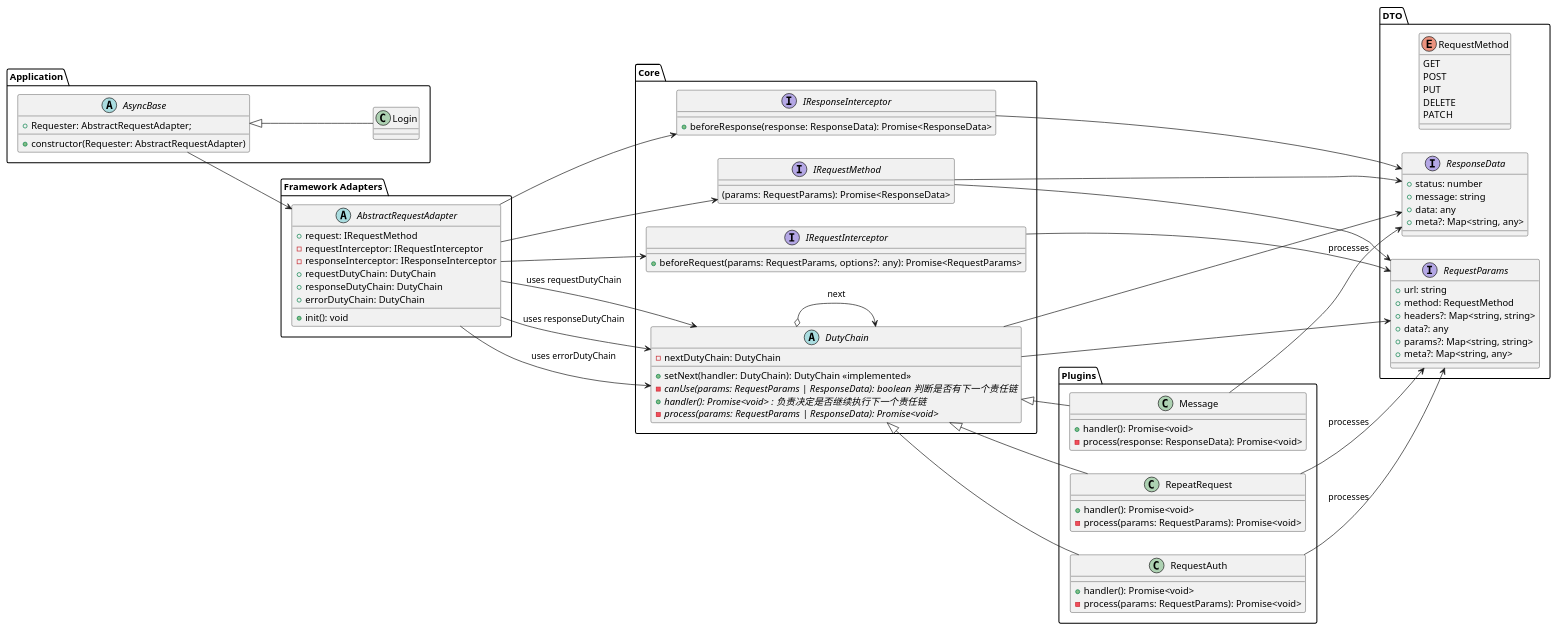
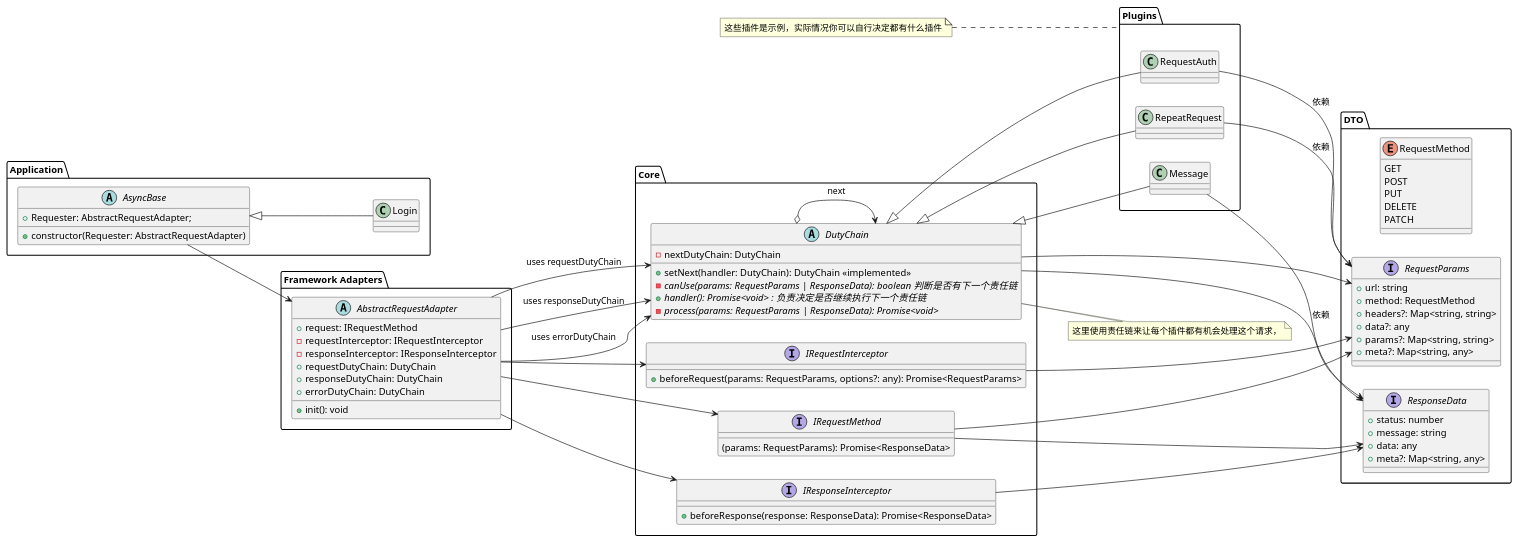
The diagram in AbstractComponents/Request/request.puml (inksnowhailong/project-templates), drawn with PlantUML before and after one commit. The commit also changed 4 other files, not shown here.

```diff
--- a/AbstractComponents/Request/request.puml
+++ b/AbstractComponents/Request/request.puml
@@ -1,123 +1,133 @@
 @startuml http数据请求抽象设计
 
 
 left to right direction
 
 ' 数据传输对象（DTO）
 package "DTO" {
     enum "RequestMethod" {
         GET
         POST
         PUT
         DELETE
         PATCH
     }
     interface "RequestParams" {
         +url: string
         +method: RequestMethod
         +headers?: Map<string, string>
         +data?: any
         +params?: Map<string, string>
         +meta?: Map<string, any>
     }
     interface "ResponseData" {
         +status: number
         +message: string
         +data: any
         +meta?: Map<string, any>
     }
 }
 
 ' 核心逻辑（Core）
 package "Core" {
     interface "IRequestMethod" {
         (params: RequestParams): Promise<ResponseData>
     }
     interface "IRequestInterceptor" {
         +beforeRequest(params: RequestParams, options?: any): Promise<RequestParams>
     }
     interface "IResponseInterceptor" {
         +beforeResponse(response: ResponseData): Promise<ResponseData>
     }
     abstract class "DutyChain" {
         -nextDutyChain: DutyChain
         +setNext(handler: DutyChain): DutyChain <<implemented>>
         -{abstract} canUse(params: RequestParams | ResponseData): boolean  判断是否有下一个责任链
         +{abstract} handler(): Promise<void> : 负责决定是否继续执行下一个责任链
         -{abstract} process(params: RequestParams | ResponseData): Promise<void>
     }
 }
 
 ' 适配器（Framework Adapters）
 package "Framework Adapters" {
     abstract class "AbstractRequestAdapter" {
         +request: IRequestMethod
         -requestInterceptor: IRequestInterceptor
         -responseInterceptor: IResponseInterceptor
         +requestDutyChain: DutyChain
         +responseDutyChain: DutyChain
         +errorDutyChain: DutyChain
         +init(): void
     }
 }
 
 ' 插件（Plugins）
 package "Plugins" {
     class "RepeatRequest" {
-        +handler(): Promise<void>
-        -process(params: RequestParams): Promise<void>
+
     }
     class "RequestAuth" {
-        +handler(): Promise<void>
-        -process(params: RequestParams): Promise<void>
+
     }
     class "Message" {
-        +handler(): Promise<void>
-        -process(response: ResponseData): Promise<void>
+
     }
 }
 
 
 package "Application" {
    abstract class AsyncBase {
      +Requester: AbstractRequestAdapter;
      +constructor(Requester: AbstractRequestAdapter)
     }
     ' 示例：登录页面
     class "Login" extends AsyncBase {
     }
 }
 
 
 ' 关系链接
 ' DTO 与 Core 的依赖
 "IRequestMethod" --> "RequestParams"
 "IRequestMethod" --> "ResponseData"
 "IRequestInterceptor" --> "RequestParams"
 "IResponseInterceptor" --> "ResponseData"
 "DutyChain" --> "RequestParams"
 "DutyChain" --> "ResponseData"
 
 ' Core 与 Framework Adapters 的关系
 "AbstractRequestAdapter" --> "IRequestMethod"
 "AbstractRequestAdapter" --> "IRequestInterceptor"
 "AbstractRequestAdapter" --> "IResponseInterceptor"
 "AbstractRequestAdapter" --> "DutyChain" : uses requestDutyChain
 "AbstractRequestAdapter" --> "DutyChain" : uses responseDutyChain
 "AbstractRequestAdapter" --> "DutyChain" : uses errorDutyChain
 
 ' Core 与 Plugins 的继承关系
 "DutyChain" <|-- "RepeatRequest"
 "DutyChain" <|-- "RequestAuth"
 "DutyChain" <|-- "Message"
 
 ' DutyChain 的责任链关系
 "DutyChain" o--> "DutyChain" : next
 
 ' Plugins 与 DTO 的依赖
-"RepeatRequest" --> "RequestParams" : processes
-"RequestAuth" --> "RequestParams" : processes
-"Message" --> "ResponseData" : processes
+"RepeatRequest" --> "RequestParams" : 依赖
+"RequestAuth" --> "RequestParams" : 依赖
+"Message" --> "ResponseData" : 依赖
+
+
 ' Application 与 Framework Adapters 的依赖
 "AsyncBase" --> "AbstractRequestAdapter"
+
+
+note left of Plugins
+    这些插件是示例，实际情况你可以自行决定都有什么插件
+end note
+
+
+note right of DutyChain
+    这里使用责任链来让每个插件都有机会处理这个请求，
+end note
+
 @enduml
```
